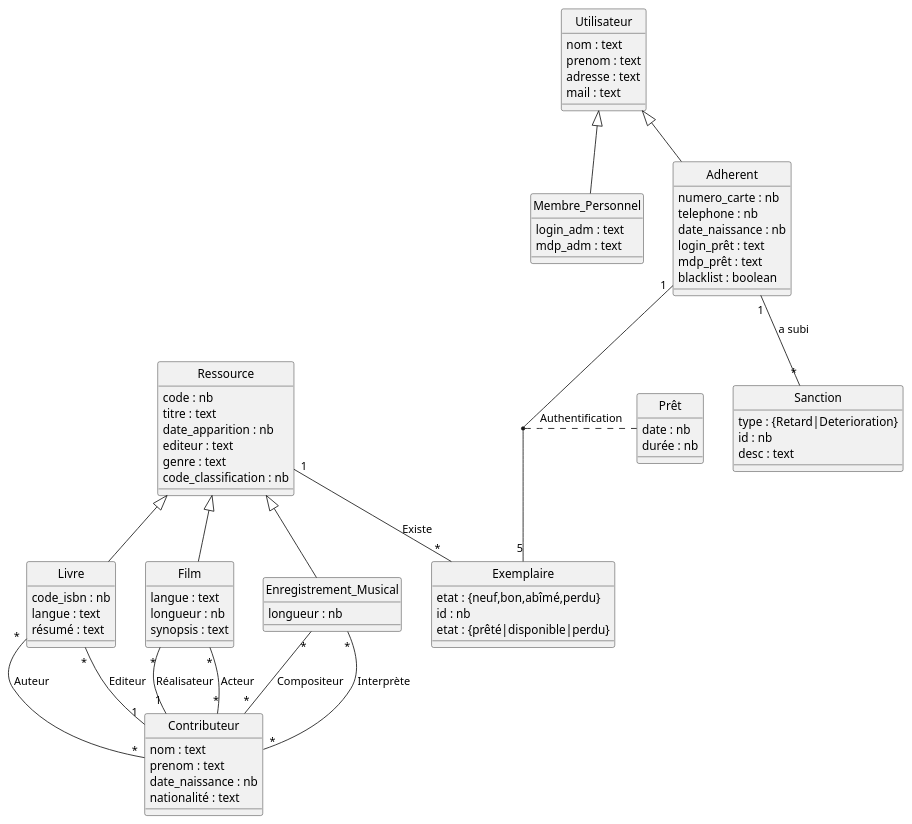
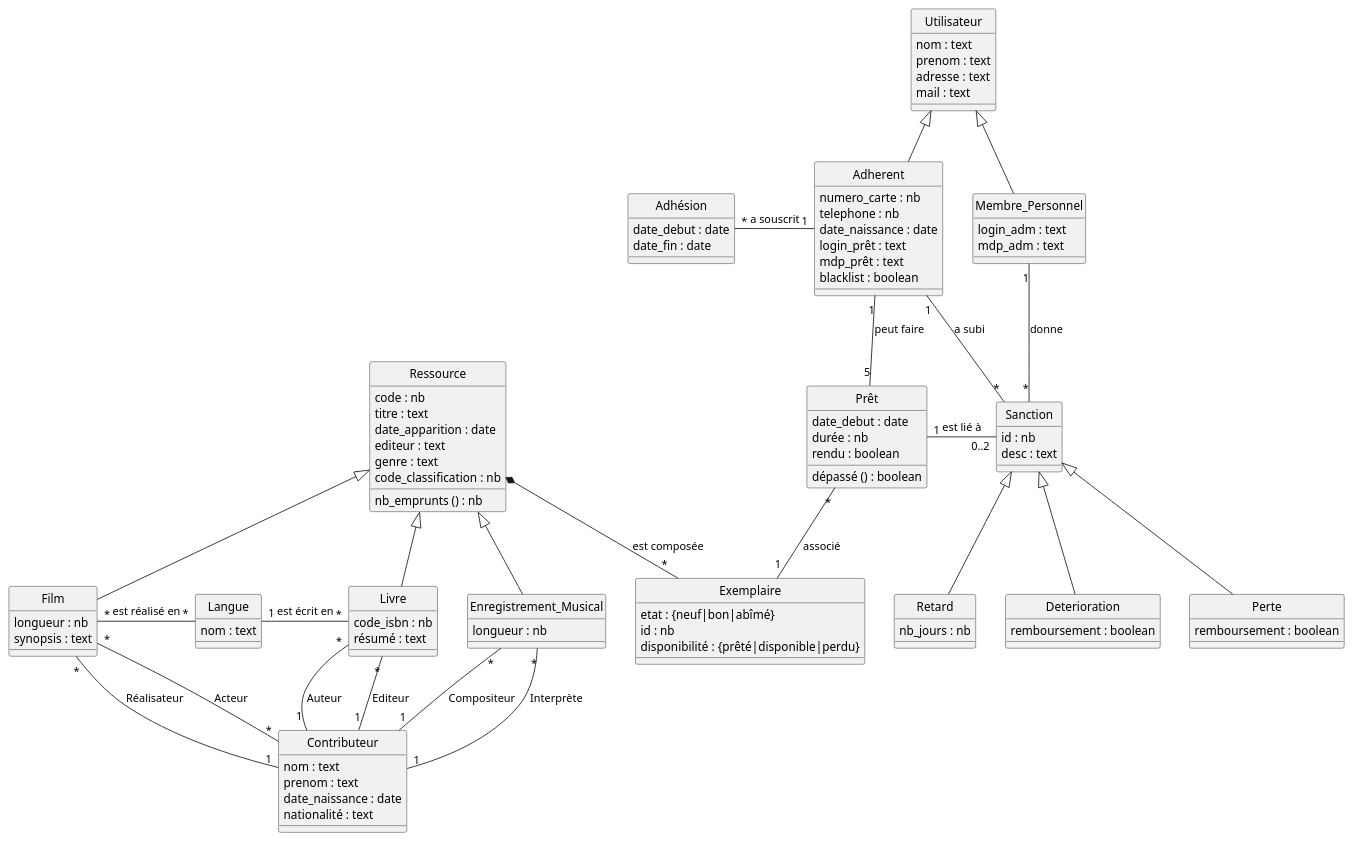
The diagram in diagramme_uml.plantuml (fouany/BDD-NF17-Projet-groupe), drawn with PlantUML before and after one commit.

```diff
--- a/diagramme_uml.plantuml
+++ b/diagramme_uml.plantuml
@@ -1,100 +1,131 @@
 @startuml
 hide circle
 
 
 
 Class Livre{
   code_isbn : nb
-  langue : text
   résumé : text
 }
 
 Class Film{
-  langue : text
   longueur : nb
   synopsis : text
+}
+
+Class Langue{
+  nom : text
 }
 
 Class Enregistrement_Musical{
   longueur : nb
 }
 
 Class Contributeur{
   nom : text
   prenom : text
-  date_naissance : nb
+  date_naissance : date
   nationalité : text
 }
 
 Class Ressource{
   code : nb
   titre : text
-  date_apparition : nb
+  date_apparition : date
   editeur : text
   genre : text
   code_classification : nb
+  nb_emprunts () : nb
 }
 
 Class Exemplaire{
-  etat : {neuf,bon,abîmé,perdu}
+  etat : {neuf|bon|abîmé}
   id : nb
-  etat : {prêté|disponible|perdu}
+  disponibilité : {prêté|disponible|perdu}
 }
 
 Class Utilisateur{
 nom : text
 prenom : text
 adresse : text
 mail : text
 
 }
 
 Class Membre_Personnel{
 login_adm : text
 mdp_adm : text
 }
 
 Class Adherent{
 numero_carte : nb
 telephone : nb
-date_naissance : nb
+date_naissance : date
 login_prêt : text
 mdp_prêt : text
 blacklist : boolean
 }
 
 Class Prêt{
-date : nb
+date_debut : date
 durée : nb
+rendu : boolean
+dépassé () : boolean
 }
 
 Class Sanction{
 
-  type : {Retard|Deterioration}
+  'type : {Retard|Deterioration|Perte}
   id : nb
   desc : text
 }
 
+Class Retard{
+nb_jours : nb
+}
+
+Class Deterioration{
+remboursement : boolean
+}
+
+Class Perte{
+remboursement : boolean
+}
+
+Sanction <|-- Retard
+Sanction <|-- Perte
+Sanction <|-- Deterioration
+
+Class Adhésion {
+  date_debut : date
+  date_fin : date
+}
+
+Adhésion "*" - "1" Adherent : a souscrit
+
 Adherent "1" -- "*" Sanction : a subi
-Adherent "1" -- "5" Exemplaire
-(Adherent,Exemplaire) .. Prêt : Authentification
-'Bon état
+Adherent "1" -- "5" Prêt : peut faire
+Prêt "*" -- "1" Exemplaire : associé
+Prêt "1" - "0..2" Sanction : est lié à
+Membre_Personnel "1" -- "*" Sanction : donne
 
 
 Utilisateur <|-- Membre_Personnel
 Utilisateur <|-- Adherent
 
 Ressource <|-- Livre
 Ressource <|-- Enregistrement_Musical
 Ressource <|-- Film
 
-Ressource "1" -- "*" Exemplaire : Existe
-Livre "*" -- "*" Contributeur : Auteur
+Film "*" - "*" Langue : est réalisé en
+Langue "1" - "*" Livre : est écrit en
+Ressource *-- "*" Exemplaire : est composée
+Livre "*" -- "1" Contributeur : Auteur
 Livre "*" -- "1" Contributeur : Editeur
 Film "*" -- "1" Contributeur : Réalisateur
 Film "*" -- "*" Contributeur : Acteur
-Enregistrement_Musical "*" -- "*" Contributeur : Compositeur
-Enregistrement_Musical "*" -- "*" Contributeur : Interprète
+Enregistrement_Musical "*" -- "1" Contributeur : Compositeur
+Enregistrement_Musical "*" -- "1" Contributeur : Interprète
 
 
 @enduml
```
